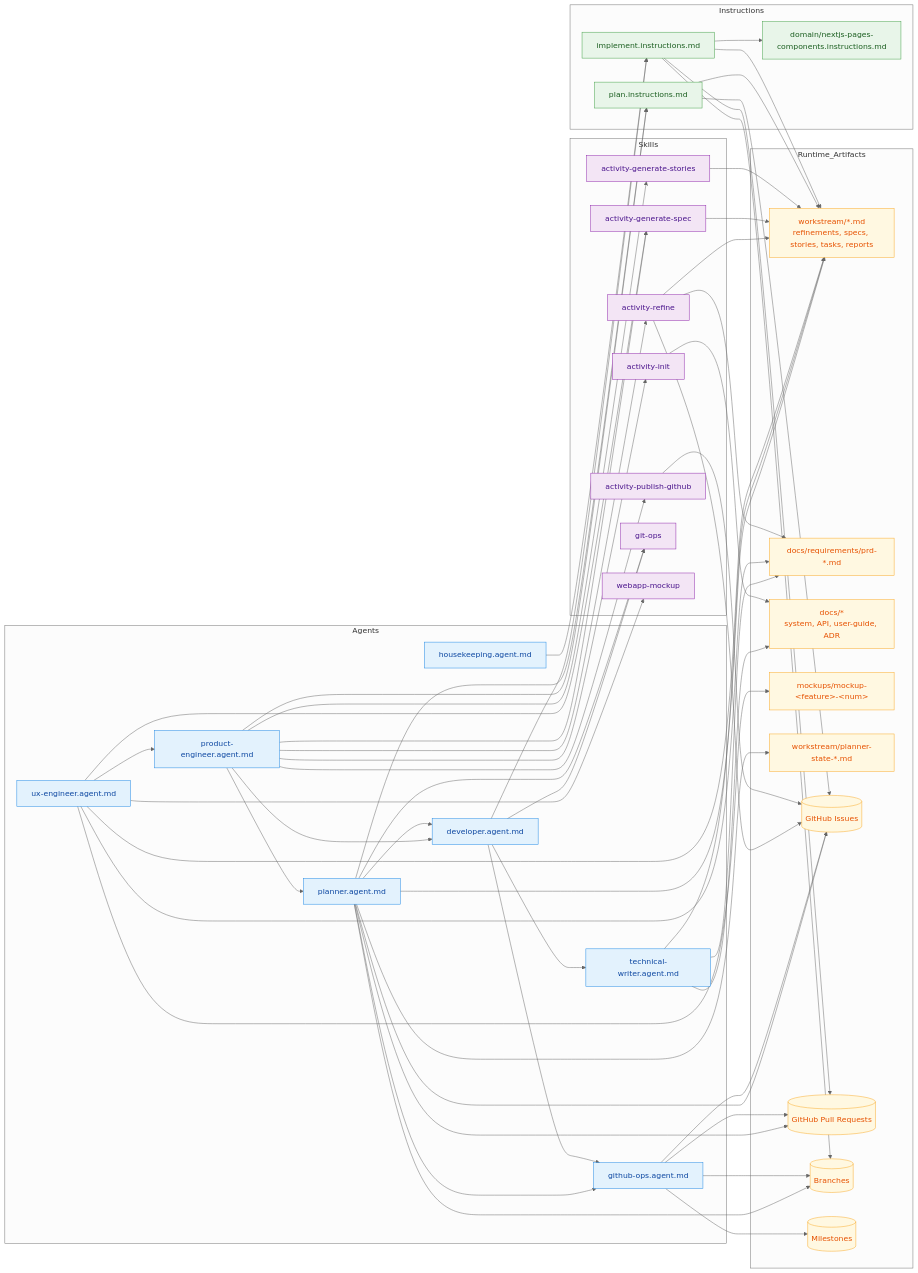
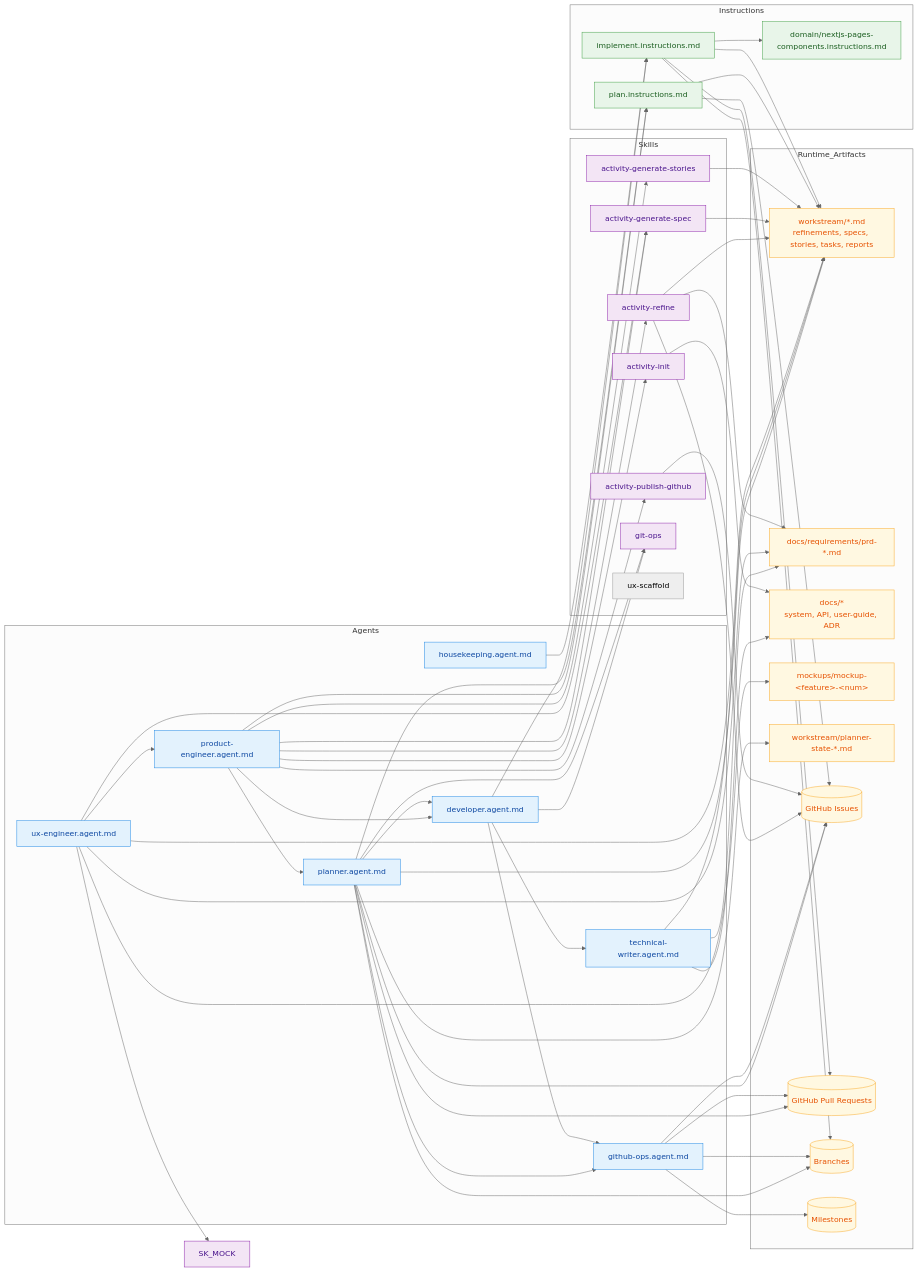
One commit to llipe/dev-tasks changed the diagram in .github/agent-artifact-relations.md. Above: the diagram before and after it, drawn with Mermaid (neutral theme). The commit also changed 12 other files, not shown here.

First line of the commit message:
chore: remove webapp-mockup skill entirely

```diff
--- a/.github/agent-artifact-relations.md
+++ b/.github/agent-artifact-relations.md
@@ -25,7 +25,7 @@
     SK_STORIES[activity-generate-stories]
     SK_PUB[activity-publish-github]
     SK_GIT[git-ops]
-    SK_MOCK[webapp-mockup]
+    SK_SCAFFOLD[ux-scaffold]
   end
 
   %% -----------------------------
```
